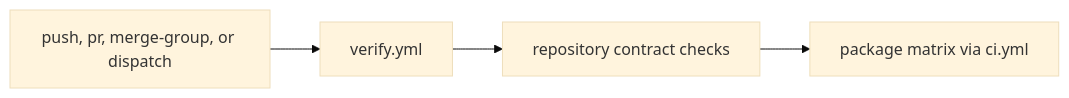
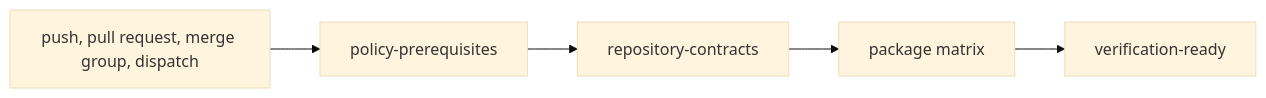
One commit to bijux/bijux-canon changed the diagram in docs/07-bijux-canon-maintain/gh-workflows/verify.md. Above: the diagram before and after it, drawn with Mermaid (base theme). The commit also changed other lines of this file and 2 other files, not shown here.

Commit message:
docs(operations): make verification evidence actionable

````diff
--- a/docs/07-bijux-canon-maintain/gh-workflows/verify.md
+++ b/docs/07-bijux-canon-maintain/gh-workflows/verify.md
@@ -18,9 +16,10 @@
 ```mermaid
 flowchart LR
-    trigger["push, pr, merge-group, or dispatch"]
-    verify["verify.yml"]
-    repo["repository contract checks"]
-    package["package matrix via ci.yml"]
+    event["push, pull request, merge group, dispatch"]
+    policy["policy-prerequisites"]
+    repo["repository-contracts"]
+    matrix["package matrix"]
+    ready["verification-ready"]
 
-    trigger --> verify --> repo --> package
+    event --> policy --> repo --> matrix --> ready
 ```
````
